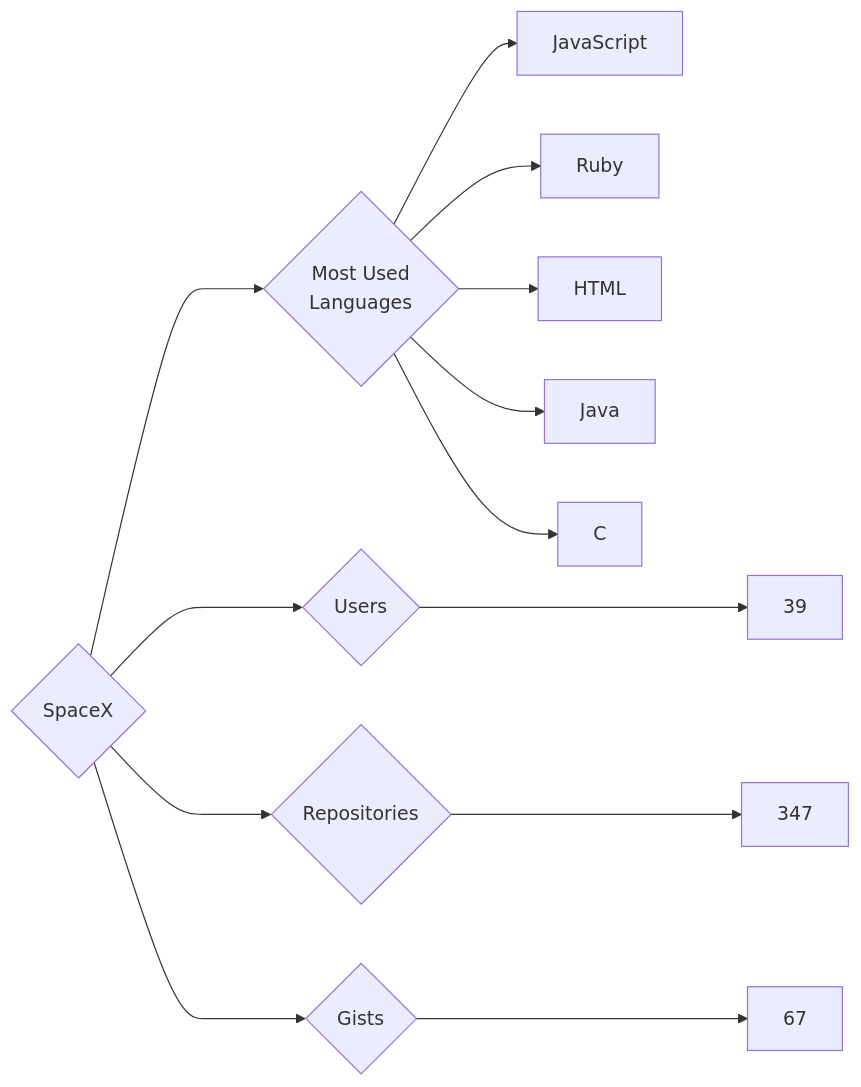
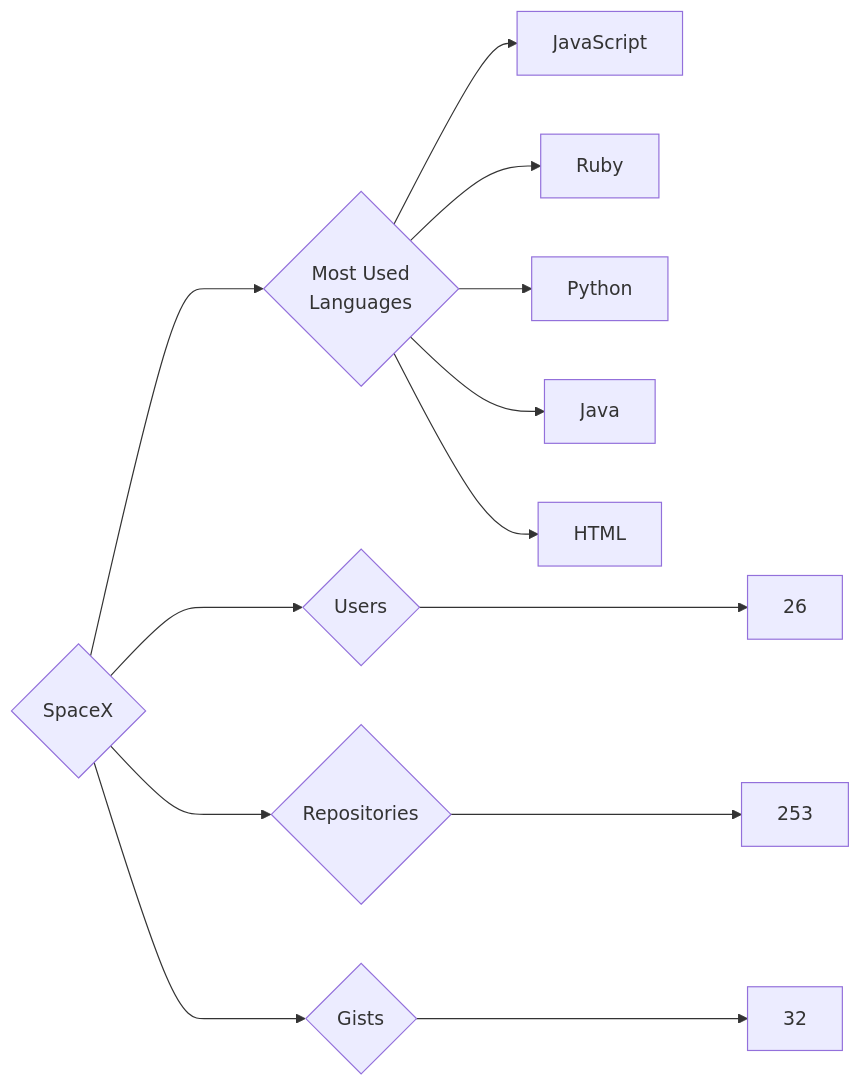
The diagram in targets/SpaceX/README.md (trickest/insiders), drawn with Mermaid before and after one commit. The commit also changed 814 other files, not shown here.

````diff
--- a/targets/SpaceX/README.md
+++ b/targets/SpaceX/README.md
@@ -3,13 +3,13 @@
 ```mermaid
 graph LR
 COMPANY_NAME{SpaceX}
-COMPANY_NAME ---> U{Users} ---> UN[39]
-COMPANY_NAME ---> R{Repositories} ---> RN[347]
-COMPANY_NAME ---> G{Gists} ---> GN[67]
+COMPANY_NAME ---> U{Users} ---> UN[26]
+COMPANY_NAME ---> R{Repositories} ---> RN[253]
+COMPANY_NAME ---> G{Gists} ---> GN[32]
 COMPANY_NAME ---> ML{Most Used<br>Languages}
 ML --> JavaScript[JavaScript]
 ML --> Ruby[Ruby]
+ML --> Python[Python]
+ML --> Java[Java]
 ML --> HTML[HTML]
-ML --> Java[Java]
-ML --> C[C]
 ```
````
